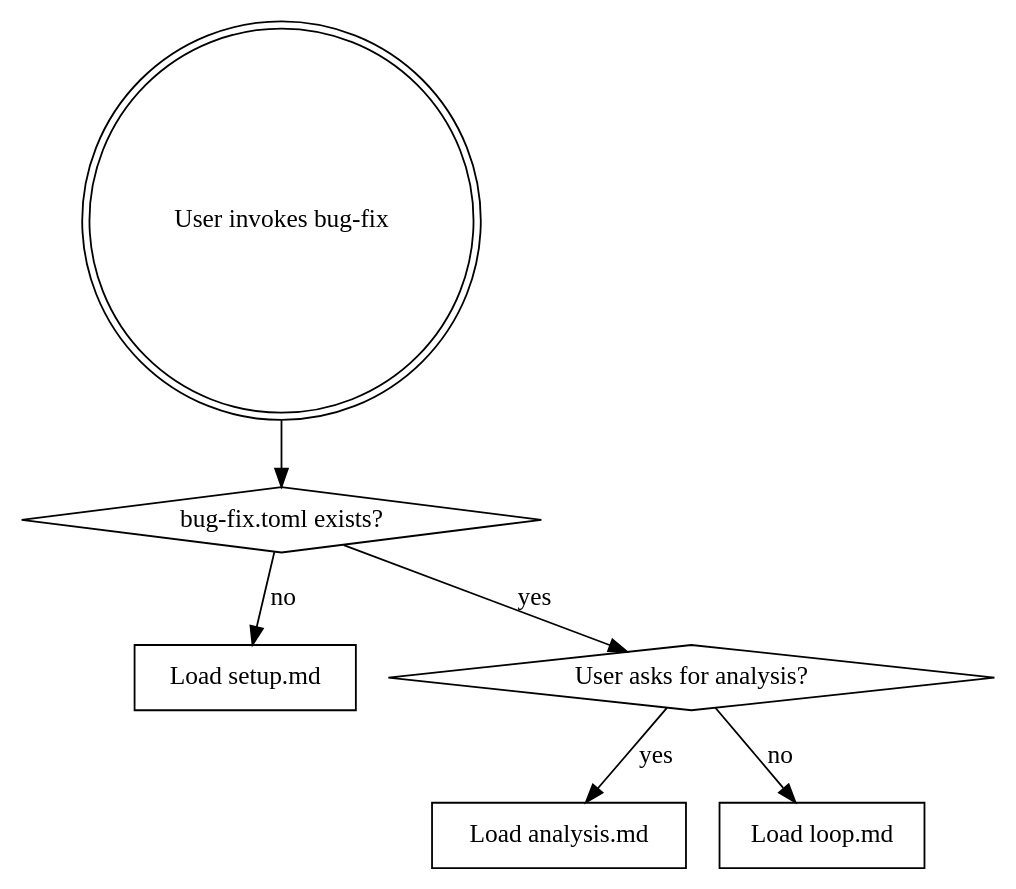
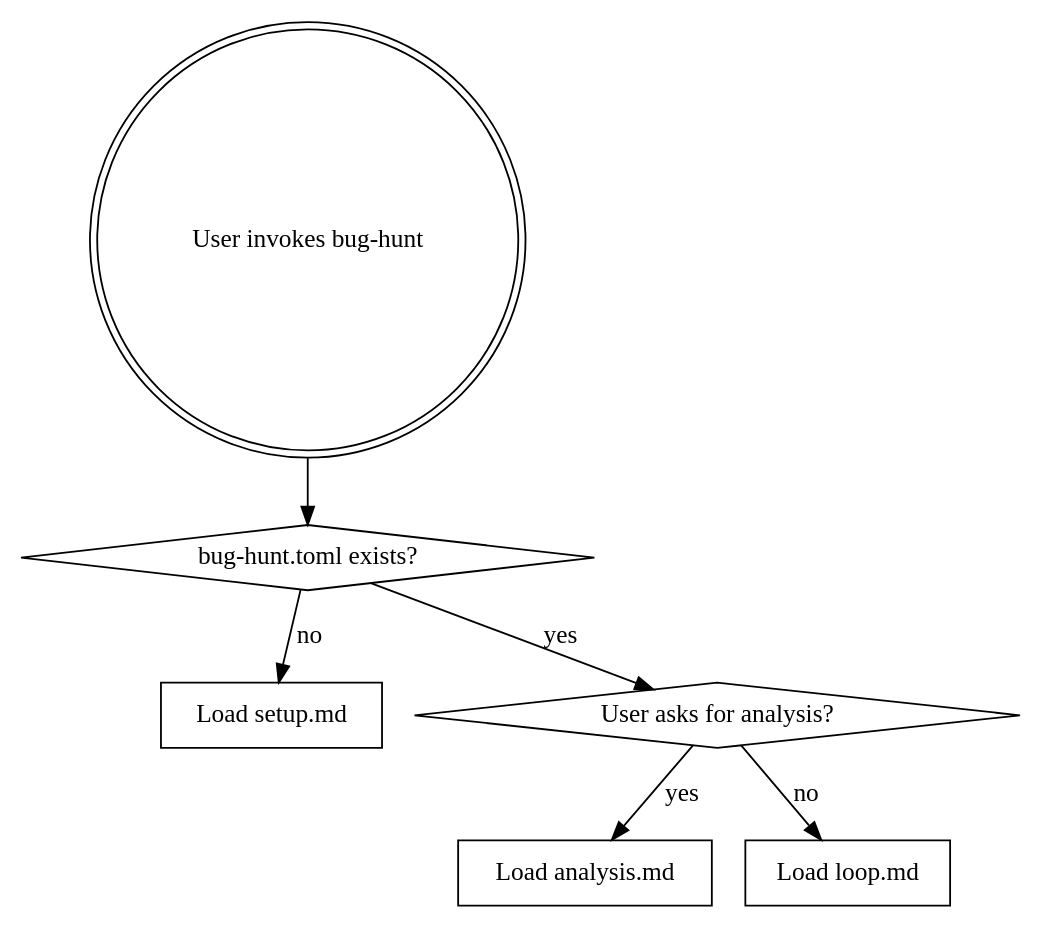
Before and after one commit to gpBlockchain/bug-hunt: the diagram in SKILL.md, drawn with Graphviz. The commit also changed other lines of this file and 4 other files, not shown here.

First line of the commit message:
feat: transform bug-fix skill into bug-hunt (find bugs only, no fixing)

````diff
--- a/SKILL.md
+++ b/SKILL.md
@@ -21,16 +22,16 @@
 ```dot
 digraph routing {
-    "User invokes bug-fix" [shape=doublecircle];
-    "bug-fix.toml exists?" [shape=diamond];
+    "User invokes bug-hunt" [shape=doublecircle];
+    "bug-hunt.toml exists?" [shape=diamond];
     "Load setup.md" [shape=box];
     "User asks for analysis?" [shape=diamond];
     "Load analysis.md" [shape=box];
     "Load loop.md" [shape=box];
 
-    "User invokes bug-fix" -> "bug-fix.toml exists?";
-    "bug-fix.toml exists?" -> "Load setup.md" [label="no"];
-    "bug-fix.toml exists?" -> "User asks for analysis?" [label="yes"];
+    "User invokes bug-hunt" -> "bug-hunt.toml exists?";
+    "bug-hunt.toml exists?" -> "Load setup.md" [label="no"];
+    "bug-hunt.toml exists?" -> "User asks for analysis?" [label="yes"];
     "User asks for analysis?" -> "Load analysis.md" [label="yes"];
     "User asks for analysis?" -> "Load loop.md" [label="no"];
 }
 ```
````
